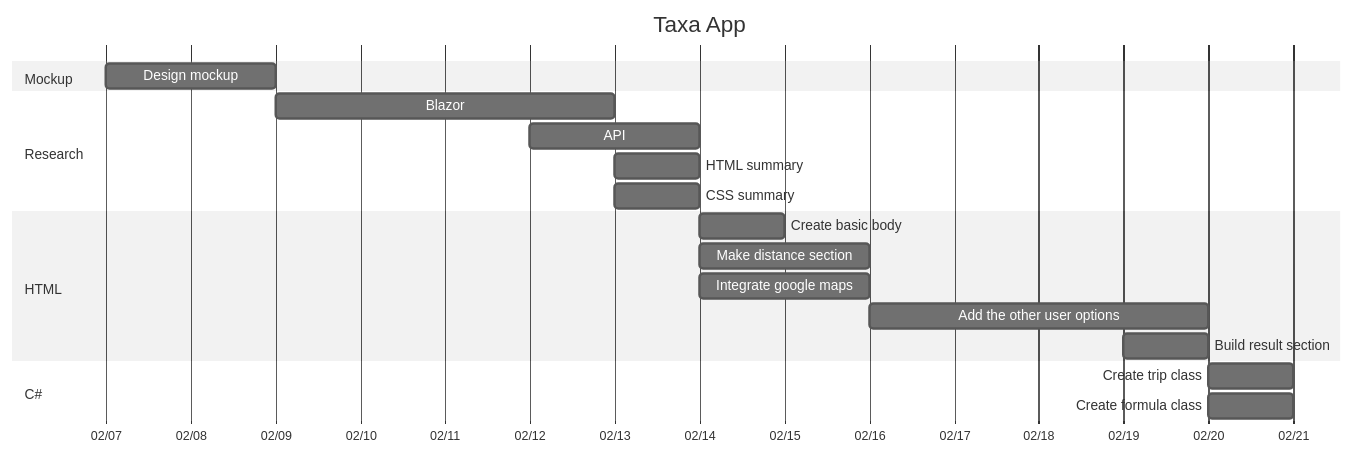
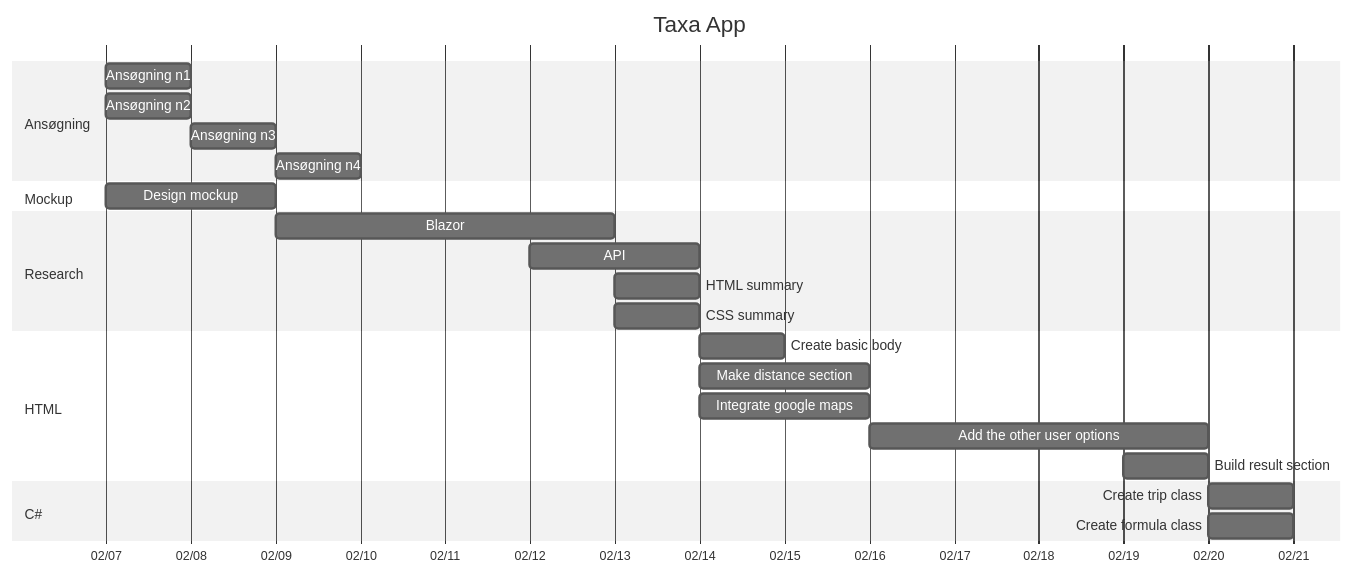
The diagram in README.md (Dyerag/Taxa-app), drawn with Mermaid (neutral theme) before and after one commit.

````diff
--- a/README.md
+++ b/README.md
@@ -3,45 +3,55 @@
 ```mermaid
 
 gantt
 
     title Taxa App
 
     dateFormat DD-MM-YY
 
     axisFormat %m/%d
+
+    section Ansøgning
+
+    Ansøgning n1 : 07-02-24, 1d
+
+    Ansøgning n2 : 07-02-24, 1d
+
+    Ansøgning n3 : 08-02-24, 1d
+
+    Ansøgning n4 : 09-02-24, 1d
 
 
     section Mockup
 
     Design mockup : 07-02-24, 2d
 
     section Research
 
     Blazor : 09-02-24, 4d
 
     API : 12-02-24, 2d
 
     HTML summary: 13-02-24, 1d
 
     CSS summary: 13-02-24, 1d
 
 
     section HTML
 
     Create basic body : 14-02-24, 1d
 
     Make distance section : 14-02-24, 2d
 
     Integrate google maps : 14-02-24, 2d 
 
     Add the other user options : 16-02-24, 4d
 
     Build result section : 19-02-24, 1d
 
  
     section C#
 
     Create trip class : 20-02-24, 1d
 
     Create formula class : 20-02-24, 1d
 ```
````
